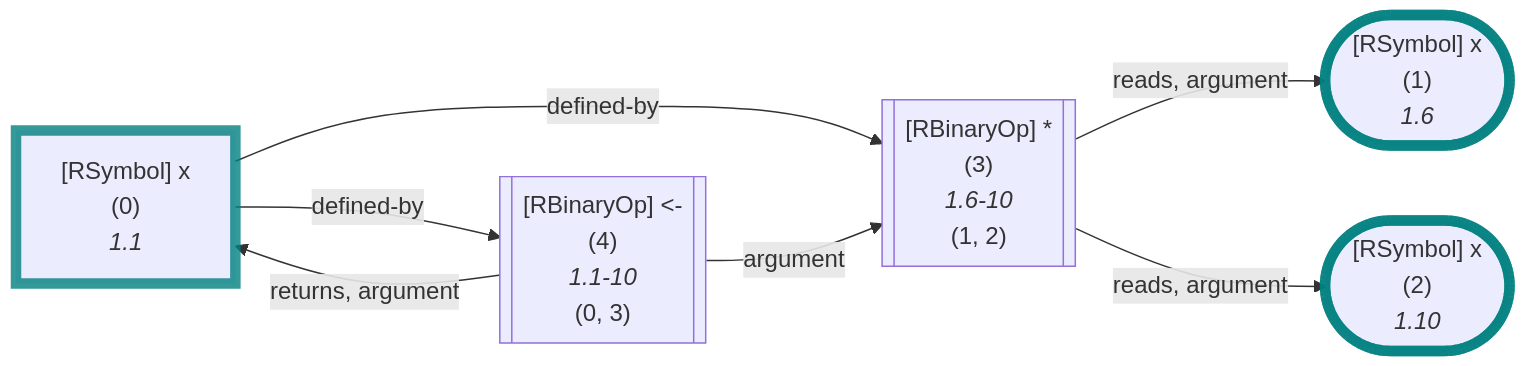
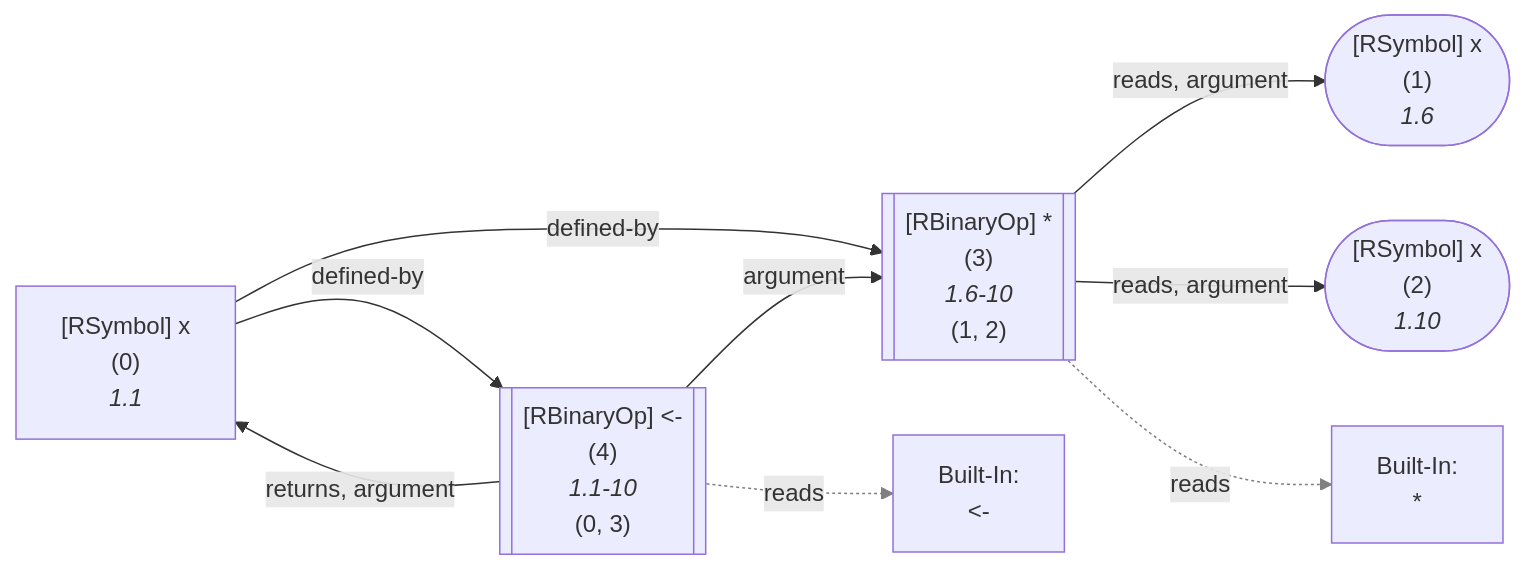
One commit to flowr-analysis/flowr changed the second of 4 diagrams in wiki/Search API.md. Above: the diagram before and after it, drawn with Mermaid. The commit also changed other lines of this file and 7 other files, not shown here.

Commit message:
[skip ci] doc: update generated wiki pages (wiki/Capabilities,wiki/Dataflow Graph,wiki/Search API,wiki/Interface,wiki/Control Flow Graph,wiki/Linting and Testing,wiki/Core,README)

````diff
--- a/wiki/Search API.md
+++ b/wiki/Search API.md
@@ -72,29 +72,34 @@
 ```mermaid
 flowchart LR
     1(["`#91;RSymbol#93; x
       (1)
       *1.6*`"])
-    style 1 stroke:teal,stroke-width:7px,stroke-opacity:.8; 
     2(["`#91;RSymbol#93; x
       (2)
       *1.10*`"])
-    style 2 stroke:teal,stroke-width:7px,stroke-opacity:.8; 
     3[["`#91;RBinaryOp#93; #42;
       (3)
       *1.6-10*
     (1, 2)`"]]
+    built-in:_["`Built-In:
+#42;`"]
     0["`#91;RSymbol#93; x
       (0)
       *1.1*`"]
-    style 0 stroke:teal,stroke-width:7px,stroke-opacity:.8; 
     4[["`#91;RBinaryOp#93; #60;#45;
       (4)
       *1.1-10*
     (0, 3)`"]]
+    built-in:_-["`Built-In:
+#60;#45;`"]
     3 -->|"reads, argument"| 1
     3 -->|"reads, argument"| 2
+    3 -.->|"reads"| built-in:_
+    linkStyle 2 stroke:gray;
     0 -->|"defined-by"| 3
     0 -->|"defined-by"| 4
     4 -->|"argument"| 3
     4 -->|"returns, argument"| 0
+    4 -.->|"reads"| built-in:_-
+    linkStyle 7 stroke:gray;
 ```
````
